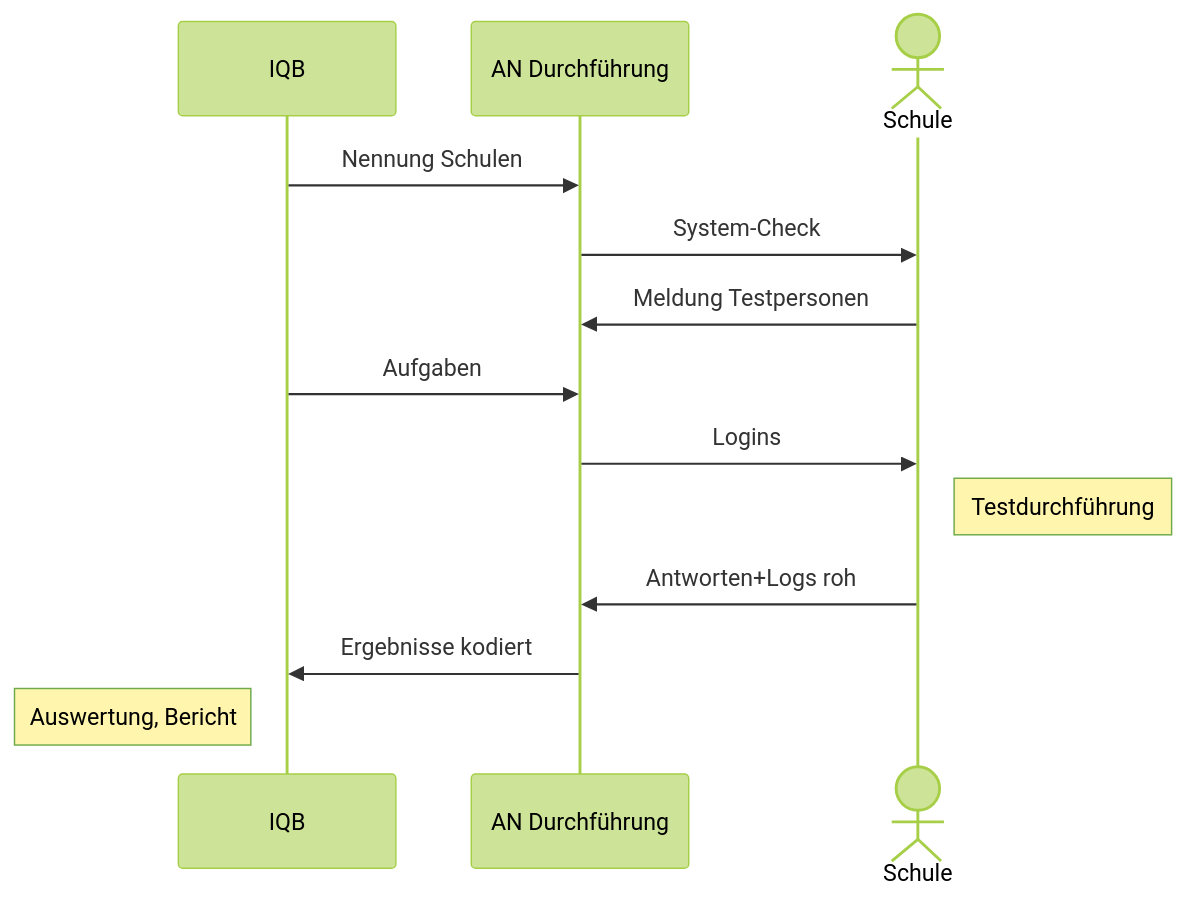
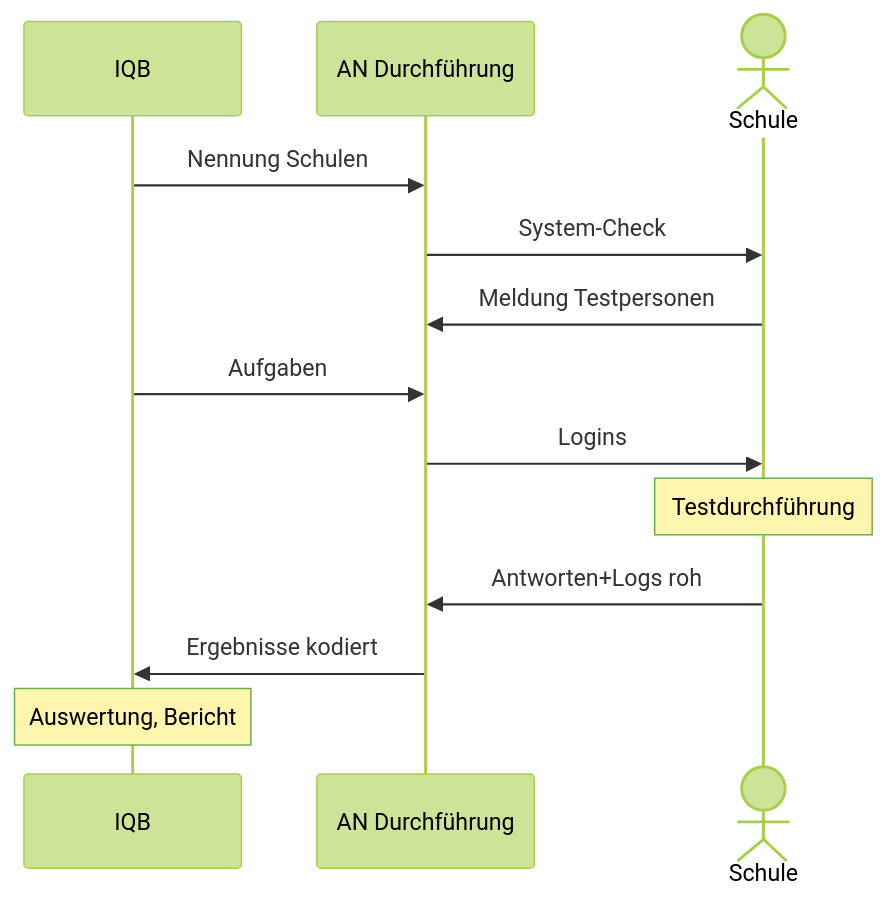
One commit to verona-interfaces/verona-interfaces.github.io changed the second of 3 diagrams in intro/tba.qmd. Above: the diagram before and after it, drawn with Mermaid (forest theme). The commit also changed other lines of this file and 4 other files, not shown here.

````diff
--- a/intro/tba.qmd
+++ b/intro/tba.qmd
@@ -75,15 +75,15 @@
 ```{mermaid}
 sequenceDiagram
     participant IQB
     participant AN as AN Durchführung
     Actor Schule
     IQB->>AN: Nennung Schulen
     AN->>Schule: System-Check
     Schule->>AN: Meldung Testpersonen
     IQB->>AN: Aufgaben
     AN->>Schule: Logins
-    note right of Schule: Testdurchführung
+    note over Schule: Testdurchführung
     Schule->>AN: Antworten+Logs roh
     AN->>IQB: Ergebnisse kodiert
-    note left of IQB: Auswertung, Bericht
+    note over IQB: Auswertung, Bericht
 ```
````
